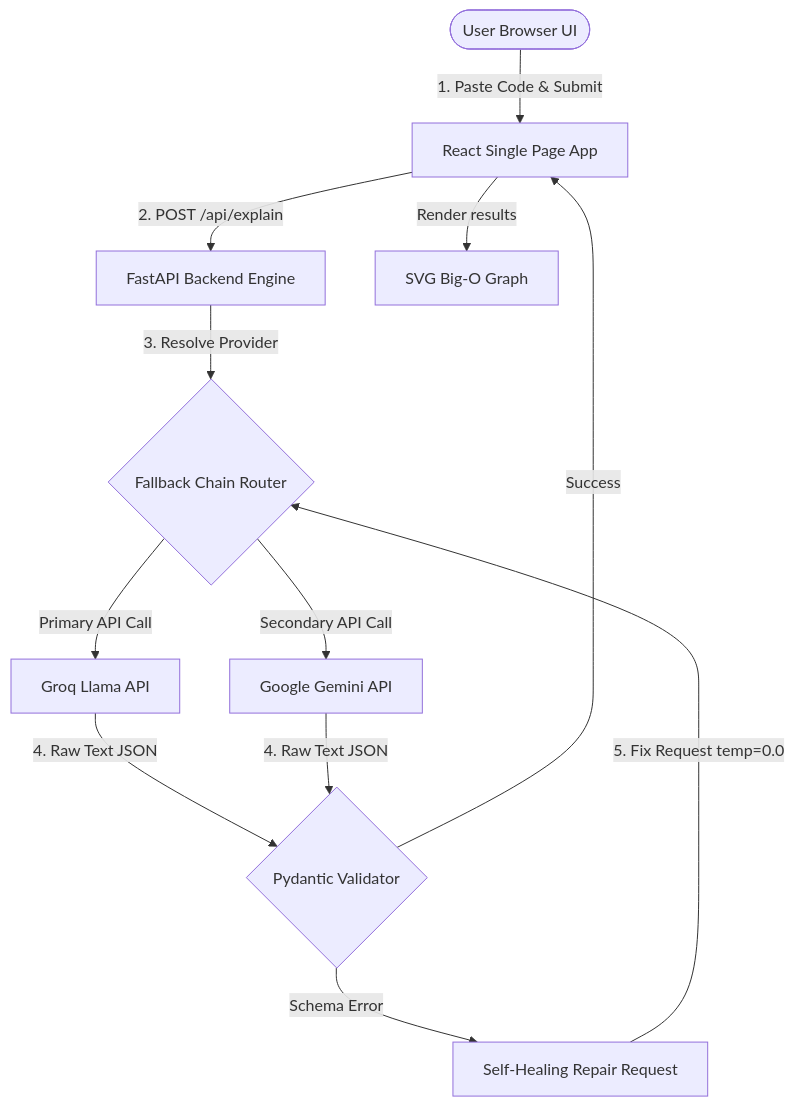
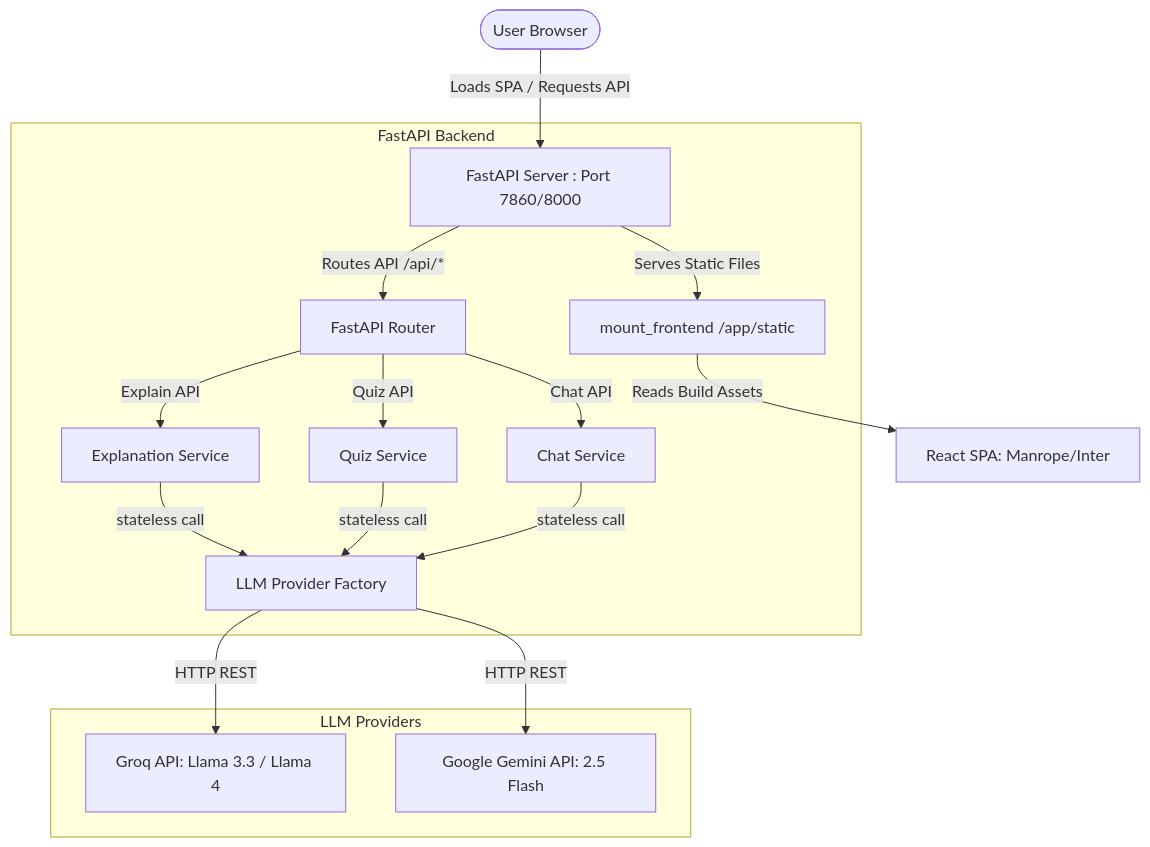
Before and after one commit to MohammadFayasKhan/CodeExplain: the diagram in README.md, drawn with Mermaid. The commit also changed other lines of this file and 53680 other files, not shown here.

````diff
--- a/README.md
+++ b/README.md
@@ -103,14 +75,17 @@
 ```mermaid
 graph TD
-    User([User Browser UI]) -->|1. Paste Code & Submit| ReactApp[React Single Page App]
-    ReactApp -->|2. POST /api/explain| FastAPI[FastAPI Backend Engine]
-    FastAPI -->|3. Resolve Provider| FallbackChain{Fallback Chain Router}
-    FallbackChain -->|Primary API Call| Groq[Groq Llama API]
-    FallbackChain -->|Secondary API Call| Gemini[Google Gemini API]
-    Groq -->|4. Raw Text JSON| Validator{Pydantic Validator}
-    Gemini -->|4. Raw Text JSON| Validator
-    Validator -->|Success| ReactApp
-    Validator -->|Schema Error| RepairLoop[Self-Healing Repair Request]
-    RepairLoop -->|5. Fix Request temp=0.0| FallbackChain
-    ReactApp -->|Render results| Visualizer[SVG Big-O Graph]
+    User([User Browser]) -->|Loads SPA / Requests API| Ingress[FastAPI Server : Port 7860/8000]
+    subgraph FastAPI Backend
+        Ingress -->|Serves Static Files| StaticApp[mount_frontend /app/static]
+        Ingress -->|Routes API /api/*| Router[FastAPI Router]
+        Router -->|Explain API| ExplainServ[Explanation Service]
+        Router -->|Quiz API| QuizServ[Quiz Service]
+        Router -->|Chat API| ChatServ[Chat Service]
+        ExplainServ & QuizServ & ChatServ -->|stateless call| LLMFactory[LLM Provider Factory]
+    end
+    subgraph LLM Providers
+        LLMFactory -->|HTTP REST| Groq[Groq API: Llama 3.3 / Llama 4]
+        LLMFactory -->|HTTP REST| Gemini[Google Gemini API: 2.5 Flash]
+    end
+    StaticApp -->|Reads Build Assets| ReactSPA[React SPA: Manrope/Inter]
 ```
````
